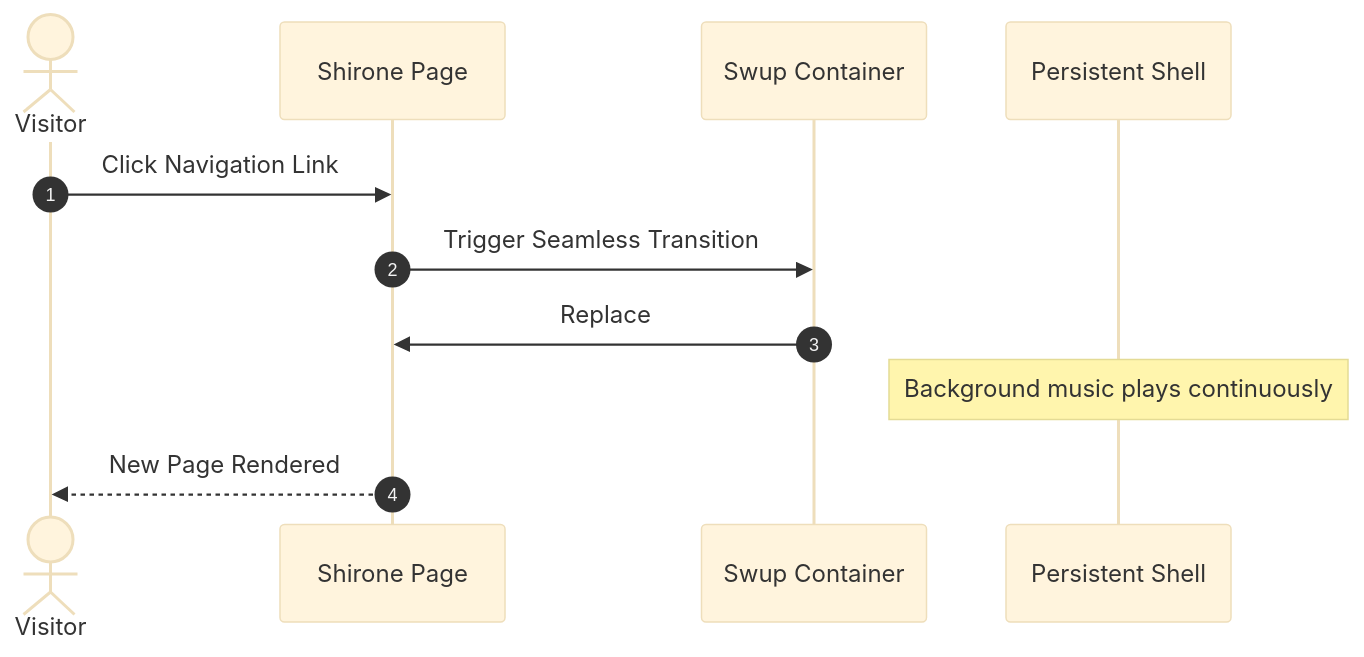
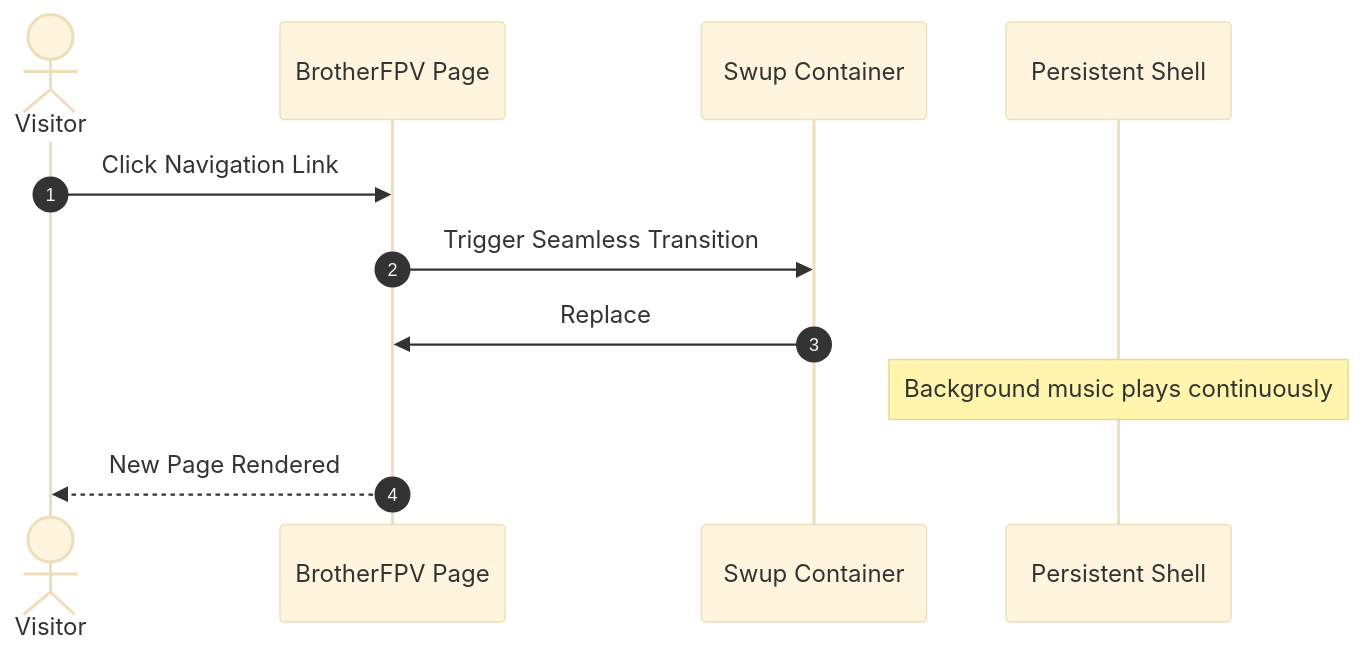
Before and after one commit to BrotherFPV/blog: the diagram in src/content/posts/guide/index.md, drawn with Mermaid (base theme). The commit also changed other lines of this file, not shown here.

Commit message:
演示内容品牌统一为 BrotherFPV

````diff
--- a/src/content/posts/guide/index.md
+++ b/src/content/posts/guide/index.md
@@ -185,14 +185,14 @@
 ```mermaid
 sequenceDiagram
     autonumber
     actor Visitor as Visitor
-    participant Page as Shirone Page
+    participant Page as BrotherFPV Page
     participant Swup as Swup Container
     participant Audio as Persistent Shell
 
     Visitor->>Page: Click Navigation Link
     Page->>Swup: Trigger Seamless Transition
     Swup->>Page: Replace #swup-container
     Note over Audio: Background music plays continuously
     Page-->>Visitor: New Page Rendered
 ```
````
